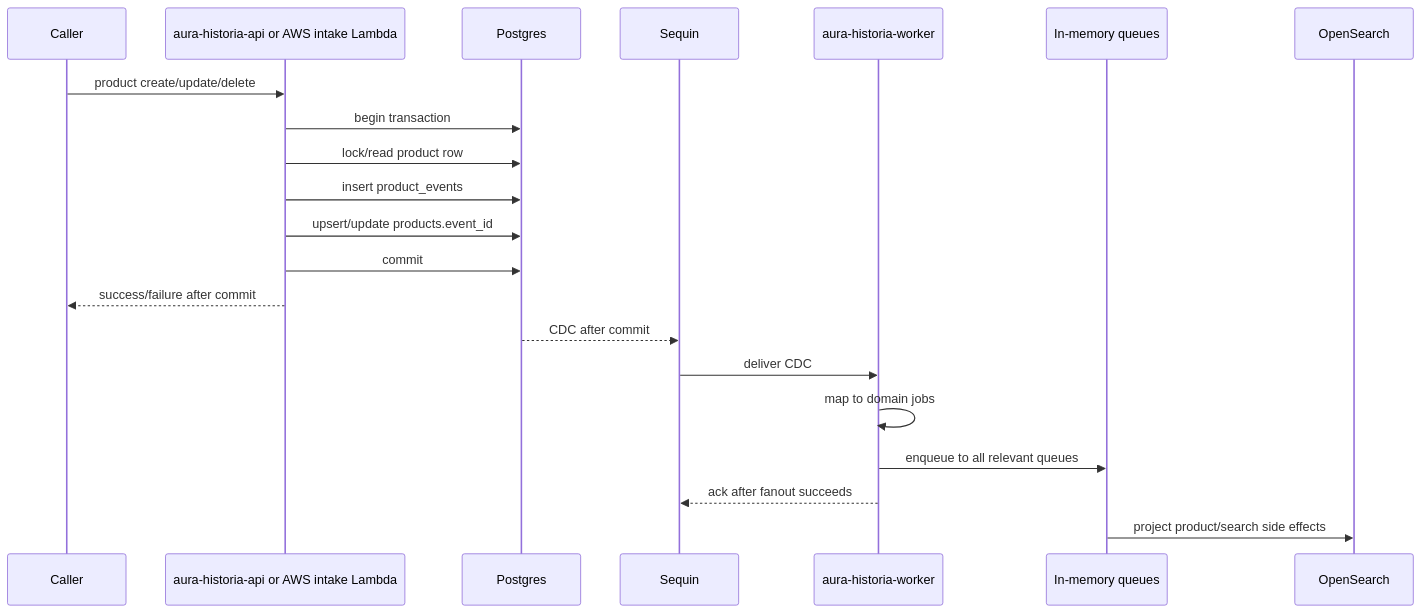
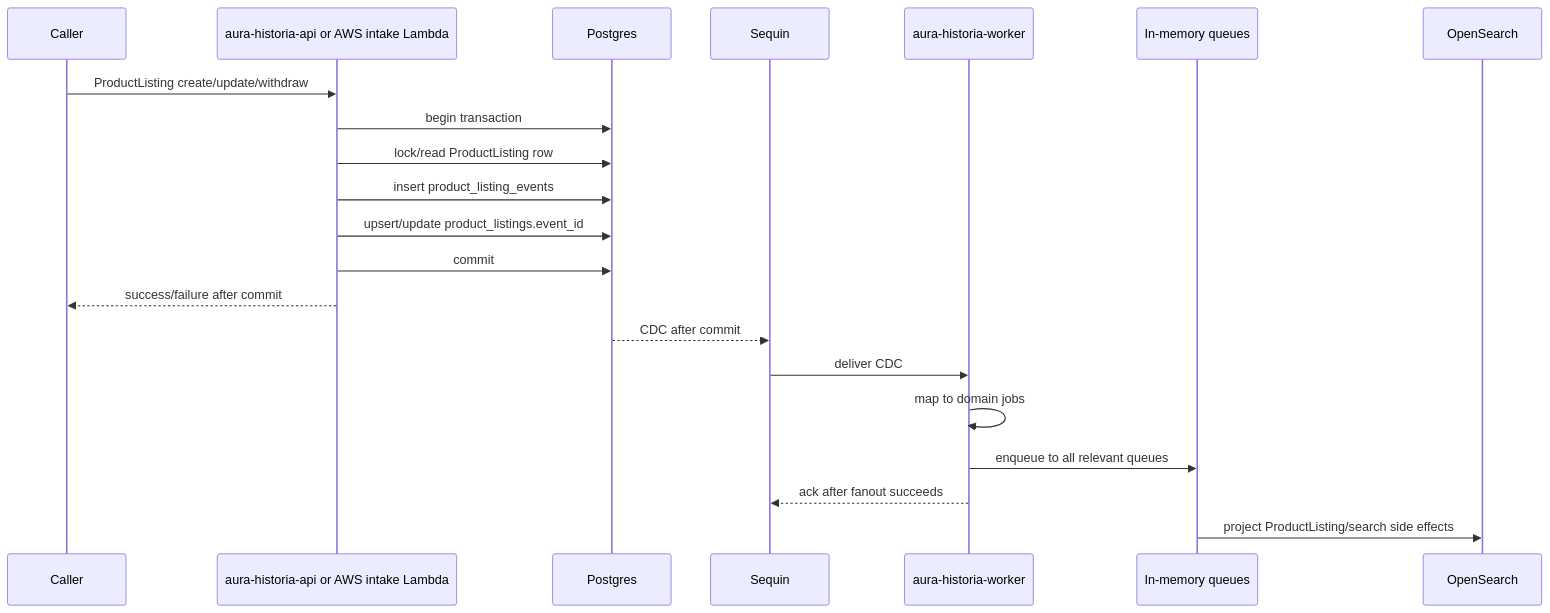
The second of 2 diagrams in docs/events/flow.md (aura-historia/backend), drawn with Mermaid before and after one commit. The commit also changed other lines of this file and 521 other files, not shown here.

Commit message:
task(#1363): rename product to product-listing and refine ubiquitous language (#1637)

````diff
--- a/docs/events/flow.md
+++ b/docs/events/flow.md
@@ -74,24 +74,24 @@
 ```mermaid
 sequenceDiagram
     participant Caller
     participant API as aura-historia-api or AWS intake Lambda
     participant PG as Postgres
     participant Sequin
     participant Worker as aura-historia-worker
     participant Queue as In-memory queues
     participant OS as OpenSearch
 
-    Caller->>API: product create/update/delete
+    Caller->>API: ProductListing create/update/withdraw
     API->>PG: begin transaction
-    API->>PG: lock/read product row
-    API->>PG: insert product_events
-    API->>PG: upsert/update products.event_id
+    API->>PG: lock/read ProductListing row
+    API->>PG: insert product_listing_events
+    API->>PG: upsert/update product_listings.event_id
     API->>PG: commit
     API-->>Caller: success/failure after commit
     PG-->>Sequin: CDC after commit
     Sequin->>Worker: deliver CDC
     Worker->>Worker: map to domain jobs
     Worker->>Queue: enqueue to all relevant queues
     Worker-->>Sequin: ack after fanout succeeds
-    Queue->>OS: project product/search side effects
+    Queue->>OS: project ProductListing/search side effects
 ```
````
